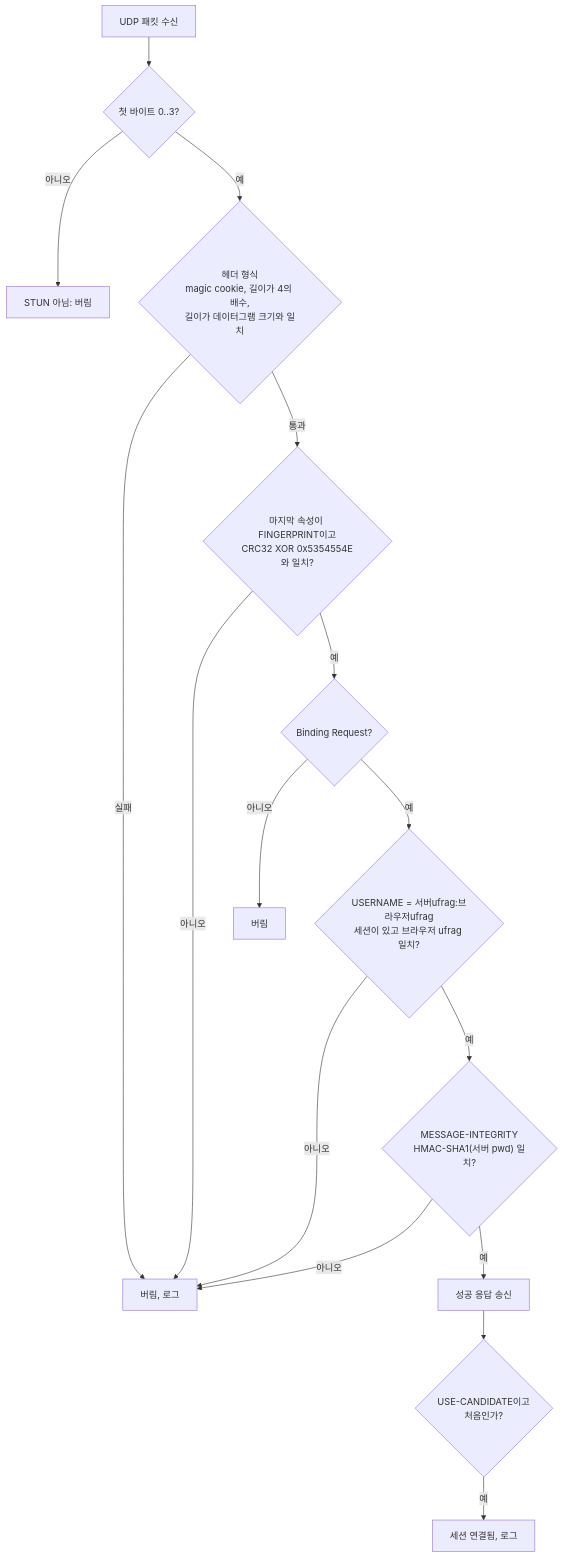
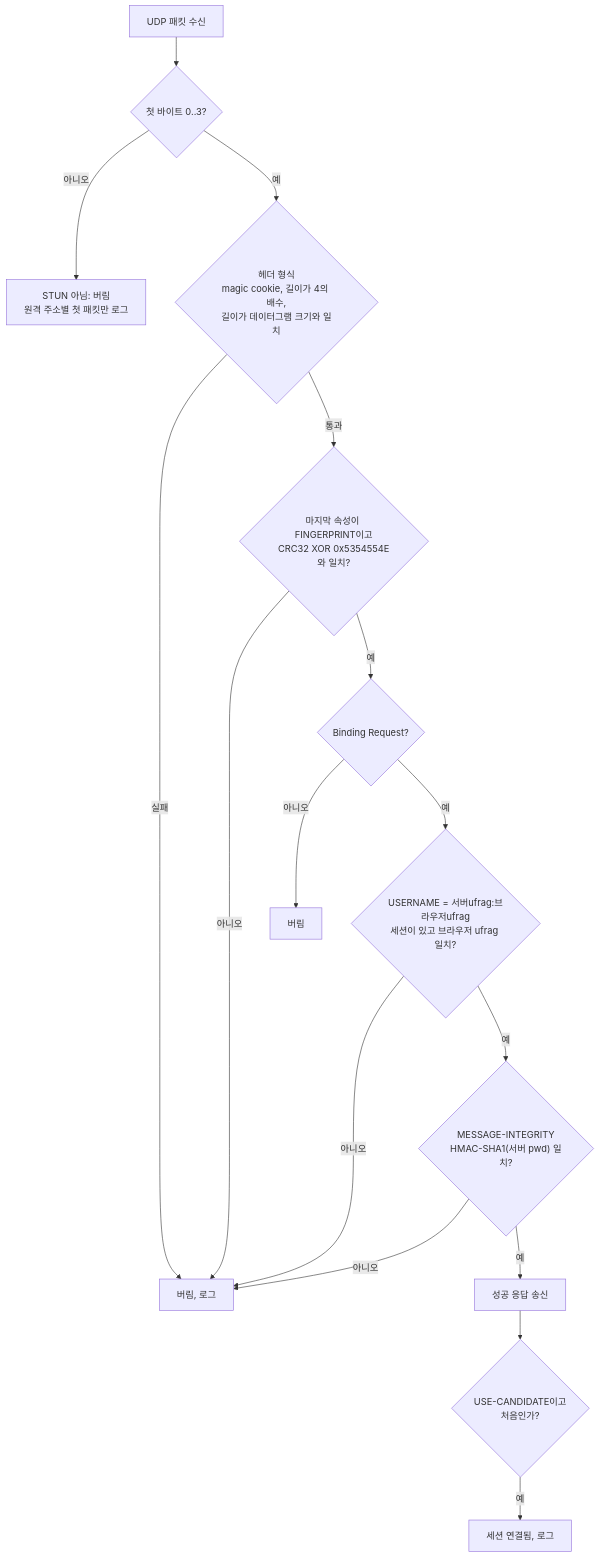
One commit to heehan42/vms changed the fourth of 4 diagrams in openspec/changes/add-signaling-ice-lite/design.md. Above: the diagram before and after it, drawn with Mermaid. The commit also changed other lines of this file and 5 other files, not shown here.

````diff
--- a/openspec/changes/add-signaling-ice-lite/design.md
+++ b/openspec/changes/add-signaling-ice-lite/design.md
@@ -273,18 +273,18 @@
 ```mermaid
 flowchart TD
     P["UDP 패킷 수신"] --> D{"첫 바이트 0..3?"}
-    D -->|아니오| X1["STUN 아님: 버림"]
+    D -->|아니오| X1["STUN 아님: 버림<br/>원격 주소별 첫 패킷만 로그"]
     D -->|예| H{"헤더 형식<br/>magic cookie, 길이가 4의 배수,<br/>길이가 데이터그램 크기와 일치"}
     H -->|실패| X2["버림, 로그"]
     H -->|통과| F{"마지막 속성이 FINGERPRINT이고<br/>CRC32 XOR 0x5354554E와 일치?"}
     F -->|아니오| X2
     F -->|예| M{"Binding Request?"}
     M -->|아니오| X3["버림"]
     M -->|예| U{"USERNAME = 서버ufrag:브라우저ufrag<br/>세션이 있고 브라우저 ufrag 일치?"}
     U -->|아니오| X2
     U -->|예| I{"MESSAGE-INTEGRITY<br/>HMAC-SHA1(서버 pwd) 일치?"}
     I -->|아니오| X2
     I -->|예| OK["성공 응답 송신"]
     OK --> UC{"USE-CANDIDATE이고<br/>처음인가?"}
     UC -->|예| C["세션 연결됨, 로그"]
 ```
````
